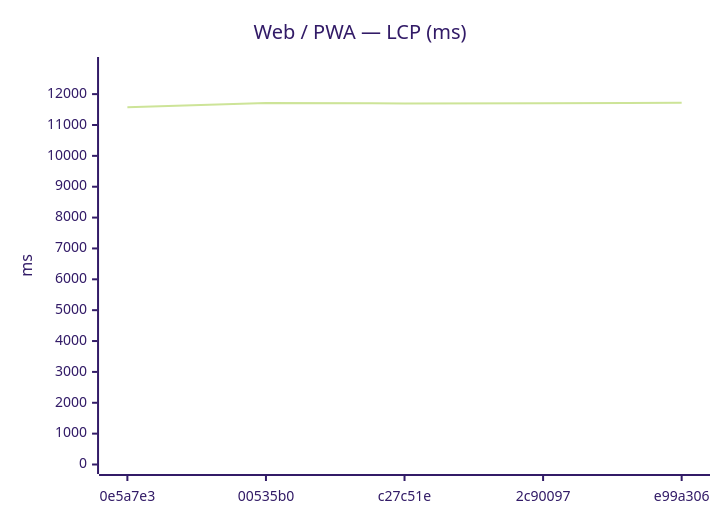
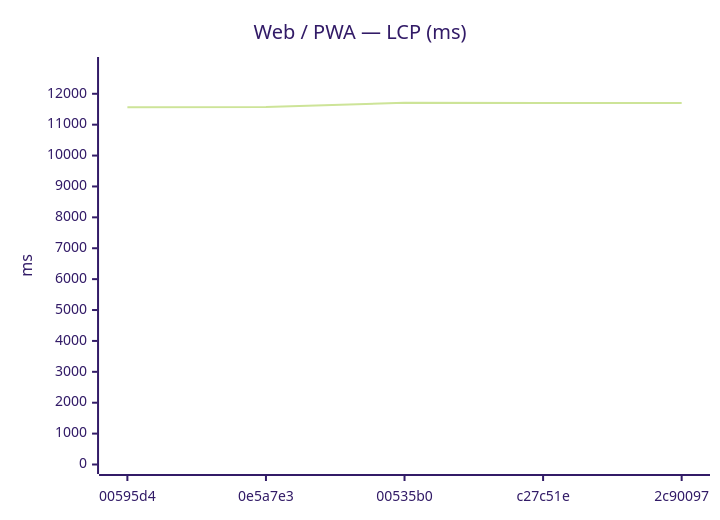
Before and after one commit to Metaheurist/Rianell: the ninth of 24 diagrams in benchmarks/compare.md, drawn with Mermaid (forest theme). The commit also changed other lines of this file and 12 other files, not shown here.

````diff
--- a/benchmarks/compare.md
+++ b/benchmarks/compare.md
@@ -128,7 +132,7 @@
 ```mermaid
 xychart-beta
     title "Web / PWA — LCP (ms)"
-    x-axis ["0e5a7e3", "00535b0", "c27c51e", "2c90097", "e99a306"]
-    y-axis "ms" 0 --> 12895
-    line [11571, 11711, 11699, 11703, 11722]
+    x-axis ["00595d4", "0e5a7e3", "00535b0", "c27c51e", "2c90097"]
+    y-axis "ms" 0 --> 12883
+    line [11566, 11571, 11711, 11699, 11703]
 ```
````
